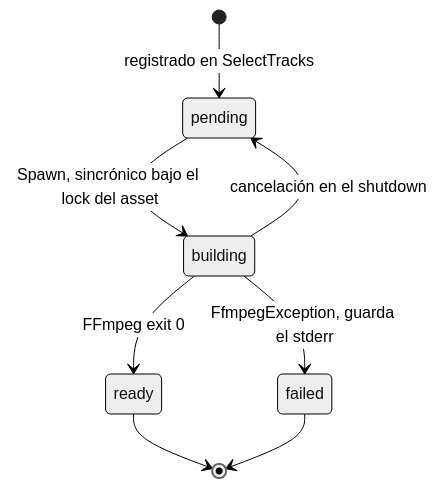
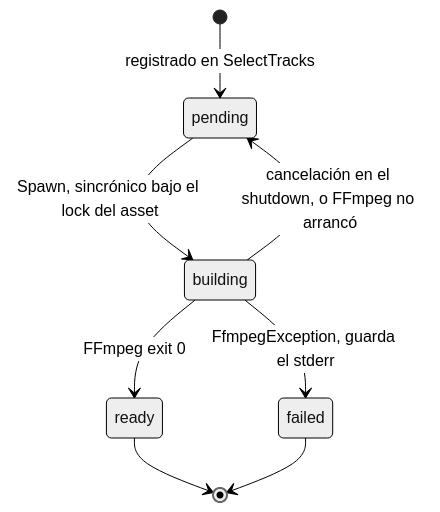
Before and after one commit to Juan045/home-stream-app: the tenth of 15 diagrams in system_arquitecture.md, drawn with Mermaid (neutral theme). The commit also changed other lines of this file and 35 other files, not shown here.

````diff
--- a/system_arquitecture.md
+++ b/system_arquitecture.md
@@ -613,10 +630,10 @@
 ```mermaid
 stateDiagram-v2
     [*] --> pending: registrado en SelectTracks
     pending --> building: Spawn, sincrónico bajo el lock del asset
     building --> ready: FFmpeg exit 0
     building --> failed: FfmpegException, guarda el stderr
-    building --> pending: cancelación en el shutdown
+    building --> pending: cancelación en el shutdown, o FFmpeg no arrancó
     ready --> [*]
     failed --> [*]
 ```
````
